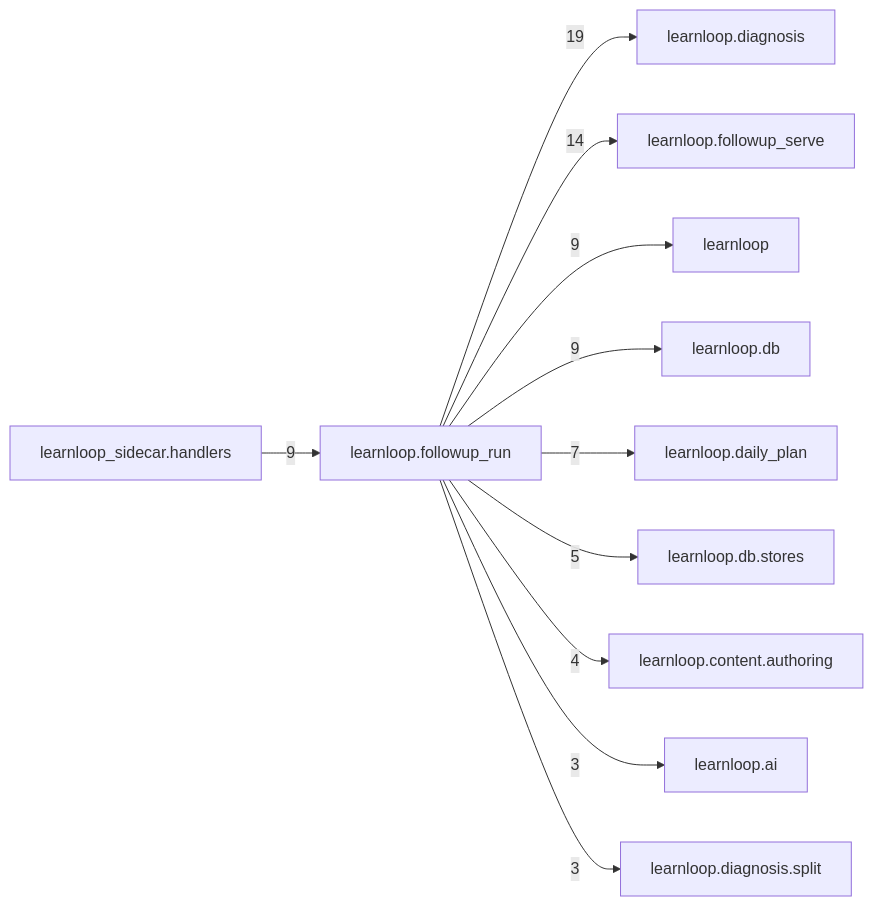
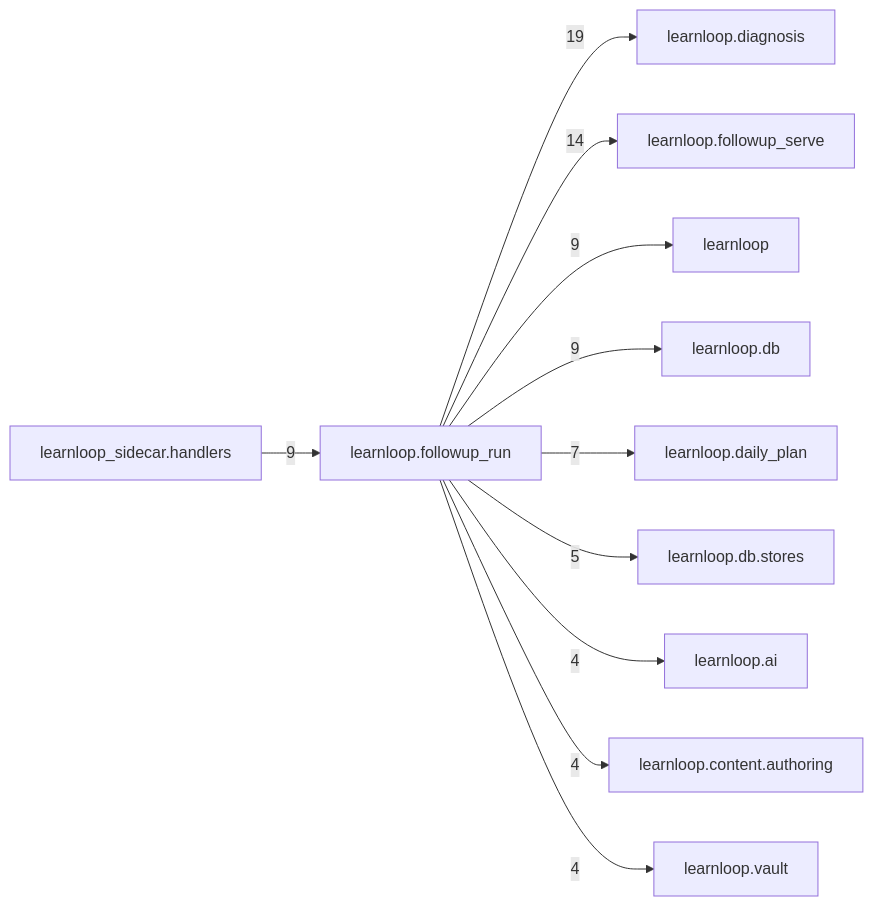
Before and after one commit to 6up-b/learnanything: the diagram in docs/learnloop-architecture-vault/Reference/Modules/learnloop/followup_run/_package.md, drawn with Mermaid. The commit also changed other lines of this file and 575 other files, not shown here.

First line of the commit message:
TE2 landing, references: the architecture reference regenerated on the merged tree (DB and configuration reference, head 248, 1180 effective leaves with the two prose counts; desktop and module catalogs; vault validated)

````diff
--- a/docs/learnloop-architecture-vault/Reference/Modules/learnloop/followup_run/_package.md
+++ b/docs/learnloop-architecture-vault/Reference/Modules/learnloop/followup_run/_package.md
@@ -100,24 +100,24 @@
 ```mermaid
 flowchart LR
     center["learnloop.followup_run"]
     n_learnloop_diagnosis["learnloop.diagnosis"]
     n_learnloop_followup_serve["learnloop.followup_serve"]
     n_learnloop["learnloop"]
     n_learnloop_db["learnloop.db"]
     n_learnloop_sidecar_handlers["learnloop_sidecar.handlers"]
     n_learnloop_daily_plan["learnloop.daily_plan"]
     n_learnloop_db_stores["learnloop.db.stores"]
+    n_learnloop_ai["learnloop.ai"]
     n_learnloop_content_authoring["learnloop.content.authoring"]
-    n_learnloop_ai["learnloop.ai"]
-    n_learnloop_diagnosis_split["learnloop.diagnosis.split"]
+    n_learnloop_vault["learnloop.vault"]
     center -->|19| n_learnloop_diagnosis
     center -->|14| n_learnloop_followup_serve
     center -->|9| n_learnloop
     center -->|9| n_learnloop_db
     n_learnloop_sidecar_handlers -->|9| center
     center -->|7| n_learnloop_daily_plan
     center -->|5| n_learnloop_db_stores
+    center -->|4| n_learnloop_ai
     center -->|4| n_learnloop_content_authoring
-    center -->|3| n_learnloop_ai
-    center -->|3| n_learnloop_diagnosis_split
+    center -->|4| n_learnloop_vault
 ```
````
